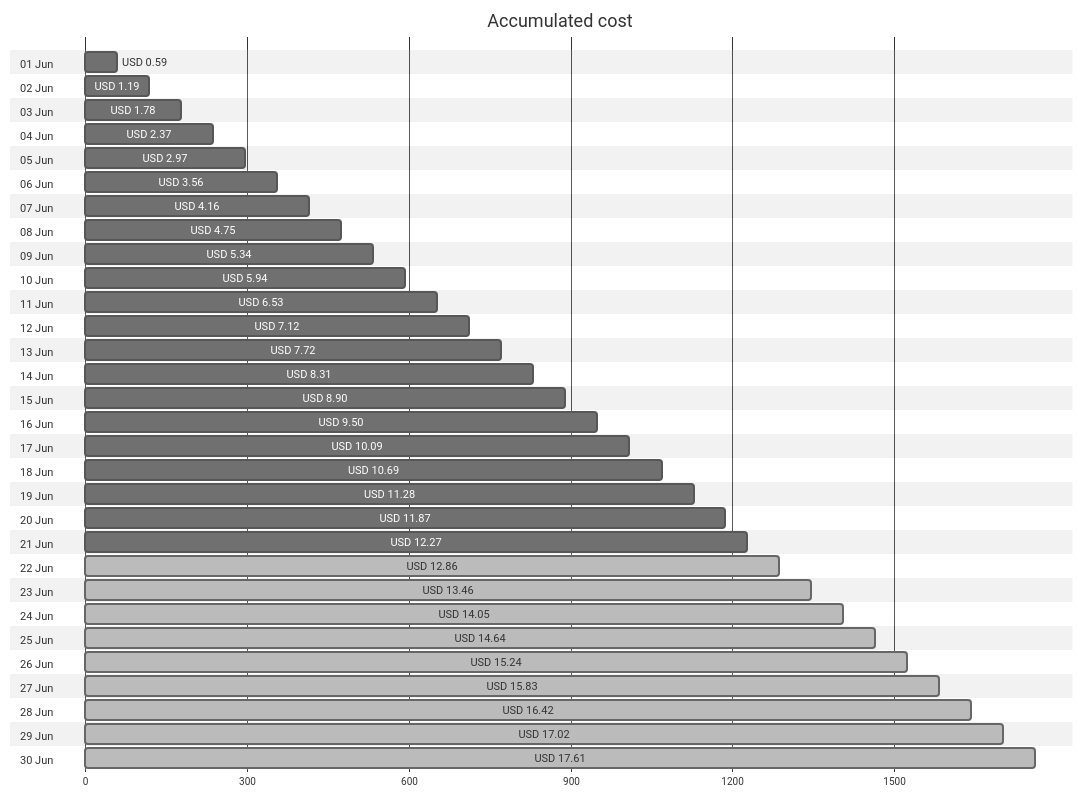
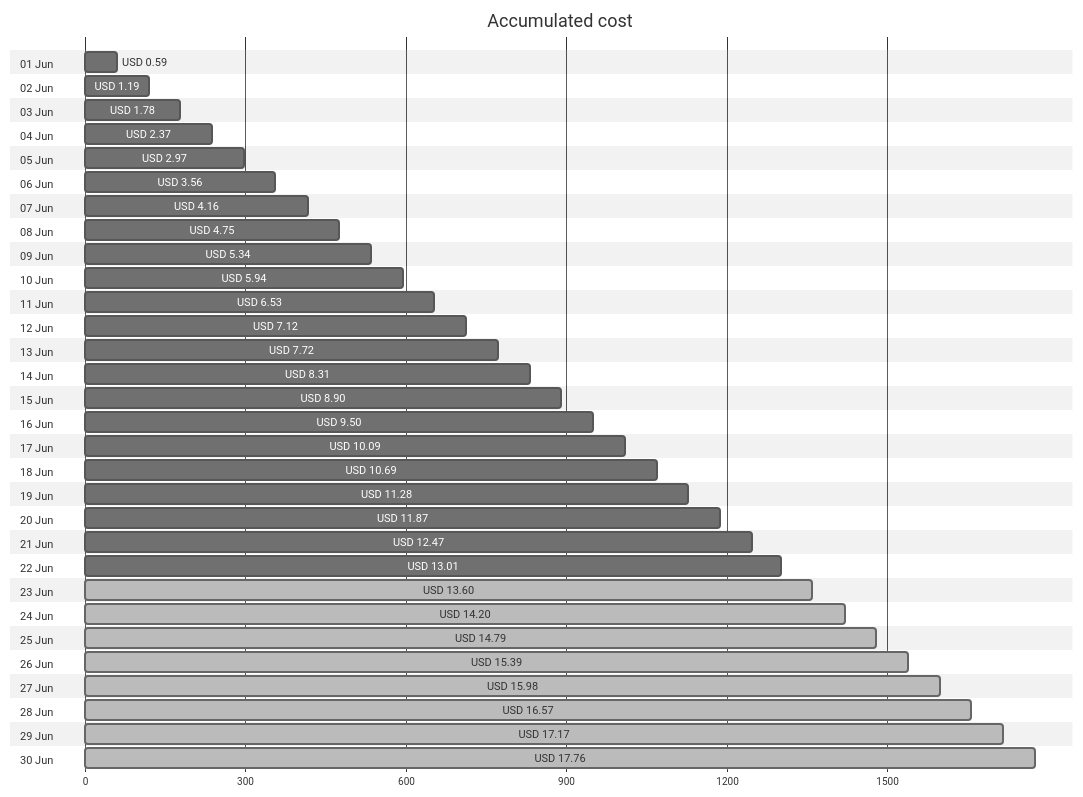
The first of 4 diagrams in cost-reports/personal-site/README.md (jpfulton/azure-personal-reports), drawn with Mermaid (neutral theme) before and after one commit. The commit also changed other lines of this file and 6 other files, not shown here.

````diff
--- a/cost-reports/personal-site/README.md
+++ b/cost-reports/personal-site/README.md
@@ -20,66 +20,66 @@
 ```mermaid
 gantt
    title Accumulated cost
    dateFormat  X
    axisFormat %s
    section 01 Jun
    USD 0.59 :0, 59
    section 02 Jun
    USD 1.19 :0, 119
    section 03 Jun
    USD 1.78 :0, 178
    section 04 Jun
    USD 2.37 :0, 237
    section 05 Jun
    USD 2.97 :0, 297
    section 06 Jun
    USD 3.56 :0, 356
    section 07 Jun
    USD 4.16 :0, 416
    section 08 Jun
    USD 4.75 :0, 475
    section 09 Jun
    USD 5.34 :0, 534
    section 10 Jun
    USD 5.94 :0, 594
    section 11 Jun
    USD 6.53 :0, 653
    section 12 Jun
    USD 7.12 :0, 712
    section 13 Jun
    USD 7.72 :0, 772
    section 14 Jun
    USD 8.31 :0, 831
    section 15 Jun
    USD 8.90 :0, 890
    section 16 Jun
    USD 9.50 :0, 950
    section 17 Jun
    USD 10.09 :0, 1009
    section 18 Jun
    USD 10.69 :0, 1069
    section 19 Jun
    USD 11.28 :0, 1128
    section 20 Jun
    USD 11.87 :0, 1187
    section 21 Jun
-   USD 12.27 :0, 1227
+   USD 12.47 :0, 1247
    section 22 Jun
-   USD 12.86 : done, 0, 1286
+   USD 13.01 :0, 1301
    section 23 Jun
-   USD 13.46 : done, 0, 1346
+   USD 13.60 : done, 0, 1360
    section 24 Jun
-   USD 14.05 : done, 0, 1405
+   USD 14.20 : done, 0, 1420
    section 25 Jun
-   USD 14.64 : done, 0, 1464
+   USD 14.79 : done, 0, 1479
    section 26 Jun
-   USD 15.24 : done, 0, 1524
+   USD 15.39 : done, 0, 1539
    section 27 Jun
-   USD 15.83 : done, 0, 1583
+   USD 15.98 : done, 0, 1598
    section 28 Jun
-   USD 16.42 : done, 0, 1642
+   USD 16.57 : done, 0, 1657
    section 29 Jun
-   USD 17.02 : done, 0, 1702
+   USD 17.17 : done, 0, 1717
    section 30 Jun
-   USD 17.61 : done, 0, 1761
+   USD 17.76 : done, 0, 1776
 ```
````
